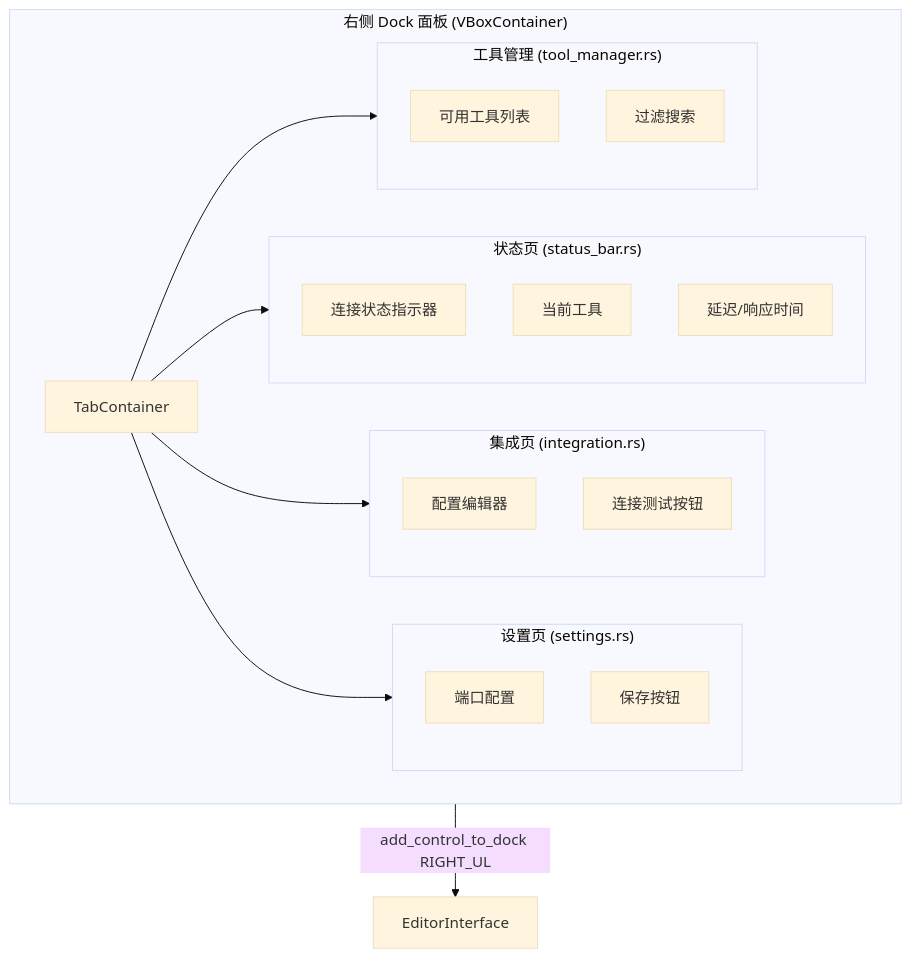
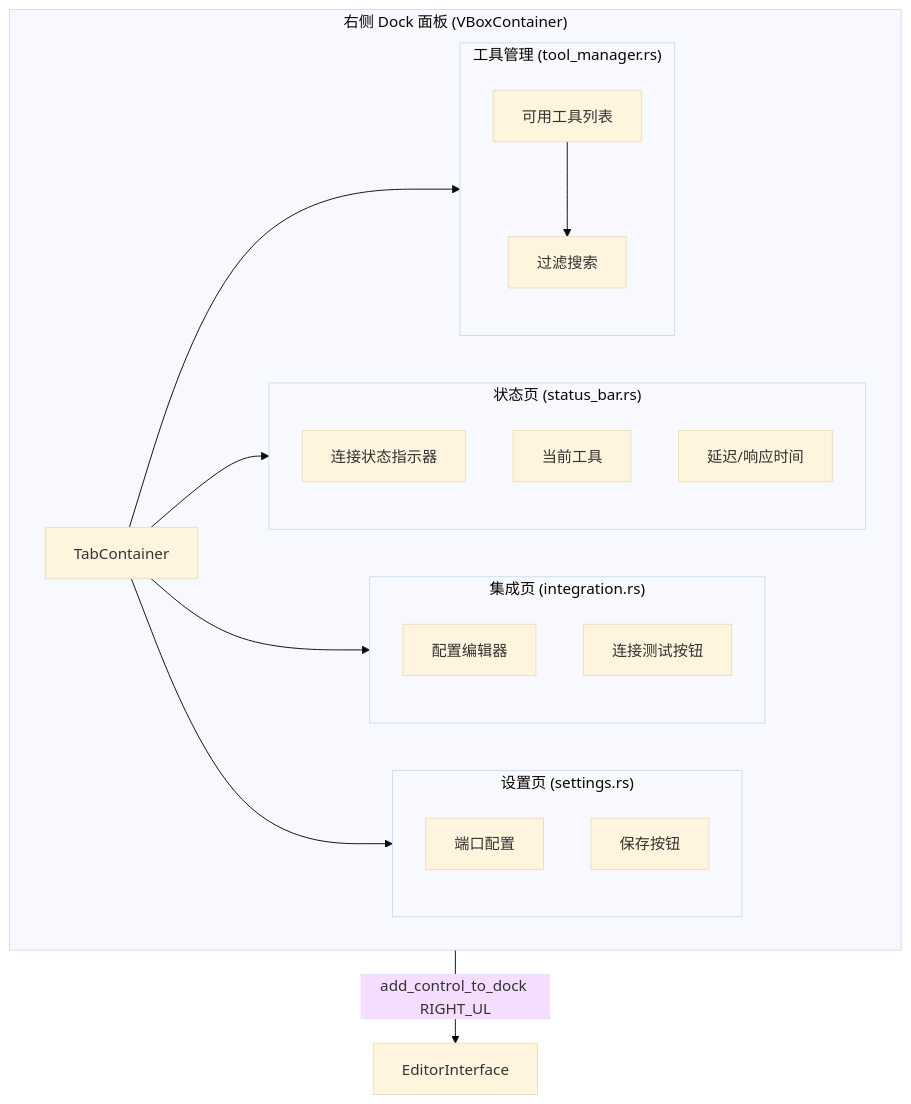
The diagram in .repo_wiki/modules/dock-ui.md (jesspig/GodotMCP-GDExtension), drawn with Mermaid (base theme) before and after one commit. The commit also changed other lines of this file and 27 other files, not shown here.

````diff
--- a/.repo_wiki/modules/dock-ui.md
+++ b/.repo_wiki/modules/dock-ui.md
@@ -5,34 +13,31 @@
 ```mermaid
 flowchart TD
     subgraph DOCK["右侧 Dock 面板 (VBoxContainer)"]
         TAB["TabContainer"]
         
         subgraph TAB1["状态页 (status_bar.rs)"]
             S_CONN["连接状态指示器"]
             S_TOOL["当前工具"]
             S_LAT["延迟/响应时间"]
         end
         
         subgraph TAB2["集成页 (integration.rs)"]
             I_SET["配置编辑器"]
             I_TEST["连接测试按钮"]
         end
         
         subgraph TAB3["设置页 (settings.rs)"]
             SET_PORT["端口配置"]
             SET_SAVE["保存按钮"]
         end
         
         subgraph TAB4["工具管理 (tool_manager.rs)"]
             T_LIST["可用工具列表"]
             T_SEARCH["过滤搜索"]
+            T_LIST --> T_SEARCH
         end
     end
     
     DOCK -->|add_control_to_dock RIGHT_UL| EDITOR["EditorInterface"]
-    
-    TAB --> TAB1
-    TAB --> TAB2
-    TAB --> TAB3
-    TAB --> TAB4
+    TAB --> TAB1 & TAB2 & TAB3 & TAB4
 ```
````
